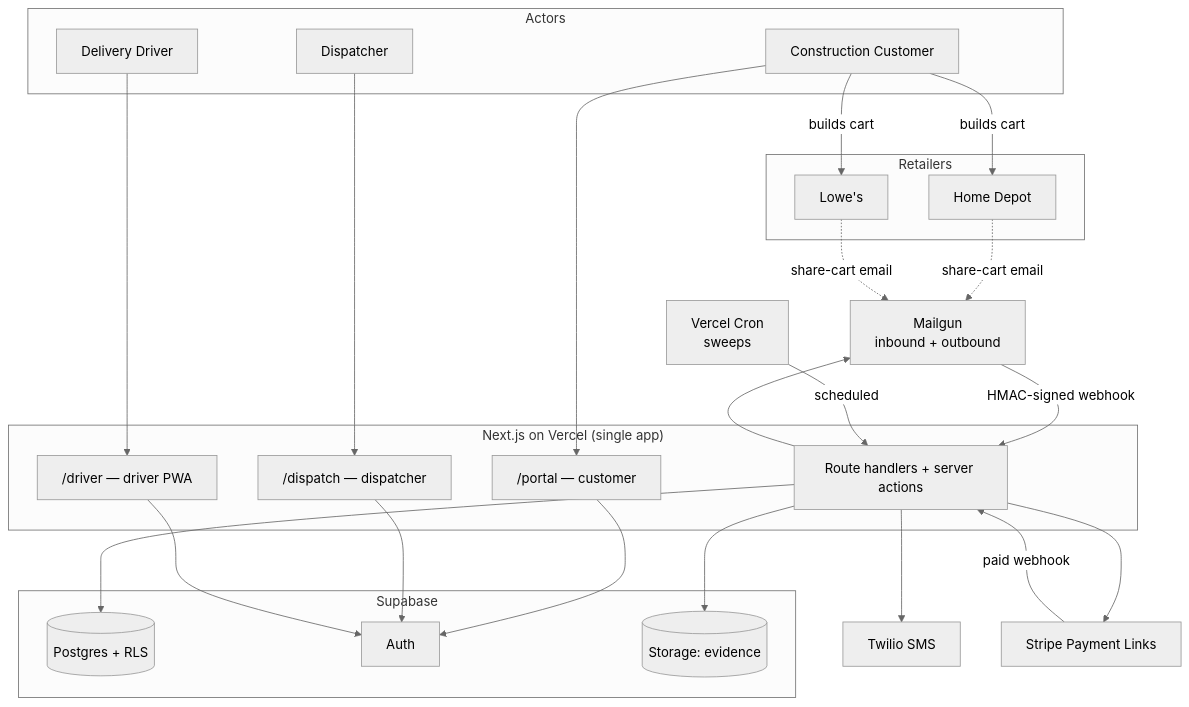
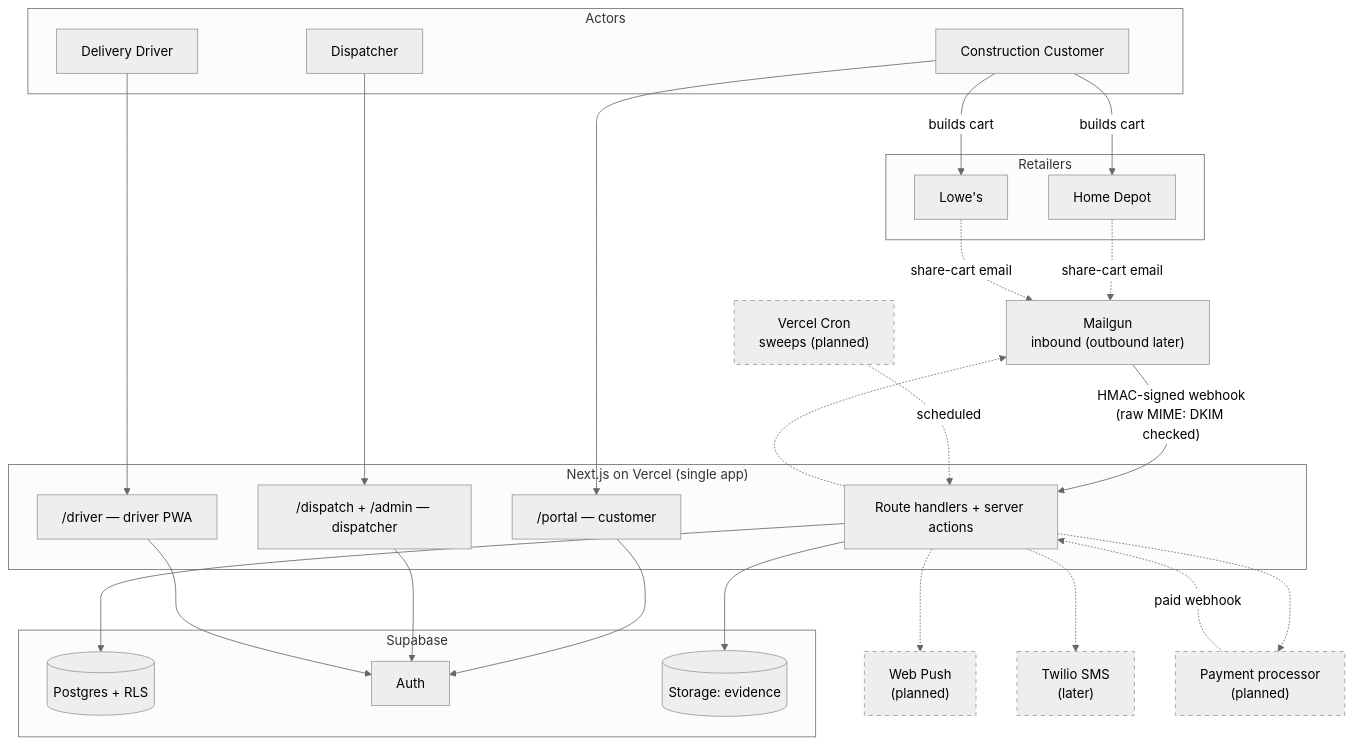
The first of 4 diagrams in docs/architecture/00-overview.md (apalumbiLS/DeliveryApp), drawn with Mermaid (neutral theme) before and after one commit. The commit also changed other lines of this file and 32 other files, not shown here.

````diff
--- a/docs/architecture/00-overview.md
+++ b/docs/architecture/00-overview.md
@@ -96,50 +119,55 @@
 ```mermaid
 flowchart TB
     subgraph Actors
         C[Construction Customer]
         D[Dispatcher]
         R[Delivery Driver]
     end
 
     subgraph Retailers
         HD[Home Depot]
         LW["Lowe's"]
     end
 
     subgraph App["Next.js on Vercel (single app)"]
         PORTAL["/portal — customer"]
-        DISP["/dispatch — dispatcher"]
+        DISP["/dispatch + /admin — dispatcher"]
         DRIVER["/driver — driver PWA"]
         API[Route handlers + server actions]
     end
 
     subgraph Supabase
         PG[(Postgres + RLS)]
         AUTH[Auth]
         STORE[(Storage: evidence)]
     end
 
-    MG["Mailgun<br/>inbound + outbound"]
-    TW[Twilio SMS]
-    ST[Stripe Payment Links]
-    CRON["Vercel Cron<br/>sweeps"]
+    MG["Mailgun<br/>inbound (outbound later)"]
+    PUSH["Web Push<br/>(planned)"]
+    TW["Twilio SMS<br/>(later)"]
+    ST["Payment processor<br/>(planned)"]
+    CRON["Vercel Cron<br/>sweeps (planned)"]
 
     C -->|builds cart| HD
     C -->|builds cart| LW
     HD -.->|share-cart email| MG
     LW -.->|share-cart email| MG
-    MG -->|HMAC-signed webhook| API
-    CRON -->|scheduled| API
+    MG -->|"HMAC-signed webhook<br/>(raw MIME: DKIM checked)"| API
+    CRON -.->|scheduled| API
     API --> PG
     API --> STORE
-    API --> MG
-    API --> TW
-    API --> ST
-    ST -->|paid webhook| API
+    API -.-> MG
+    API -.-> PUSH
+    API -.-> TW
+    API -.-> ST
+    ST -.->|paid webhook| API
     C --> PORTAL
     D --> DISP
     R --> DRIVER
     PORTAL --> AUTH
     DISP --> AUTH
     DRIVER --> AUTH
+
+    classDef planned stroke-dasharray: 5 5
+    class PUSH,TW,ST,CRON planned
 ```
````
